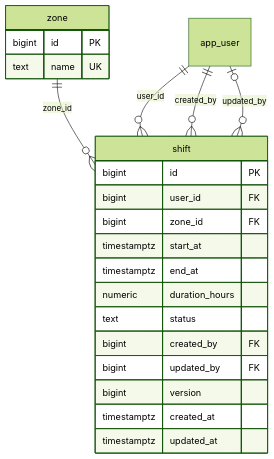
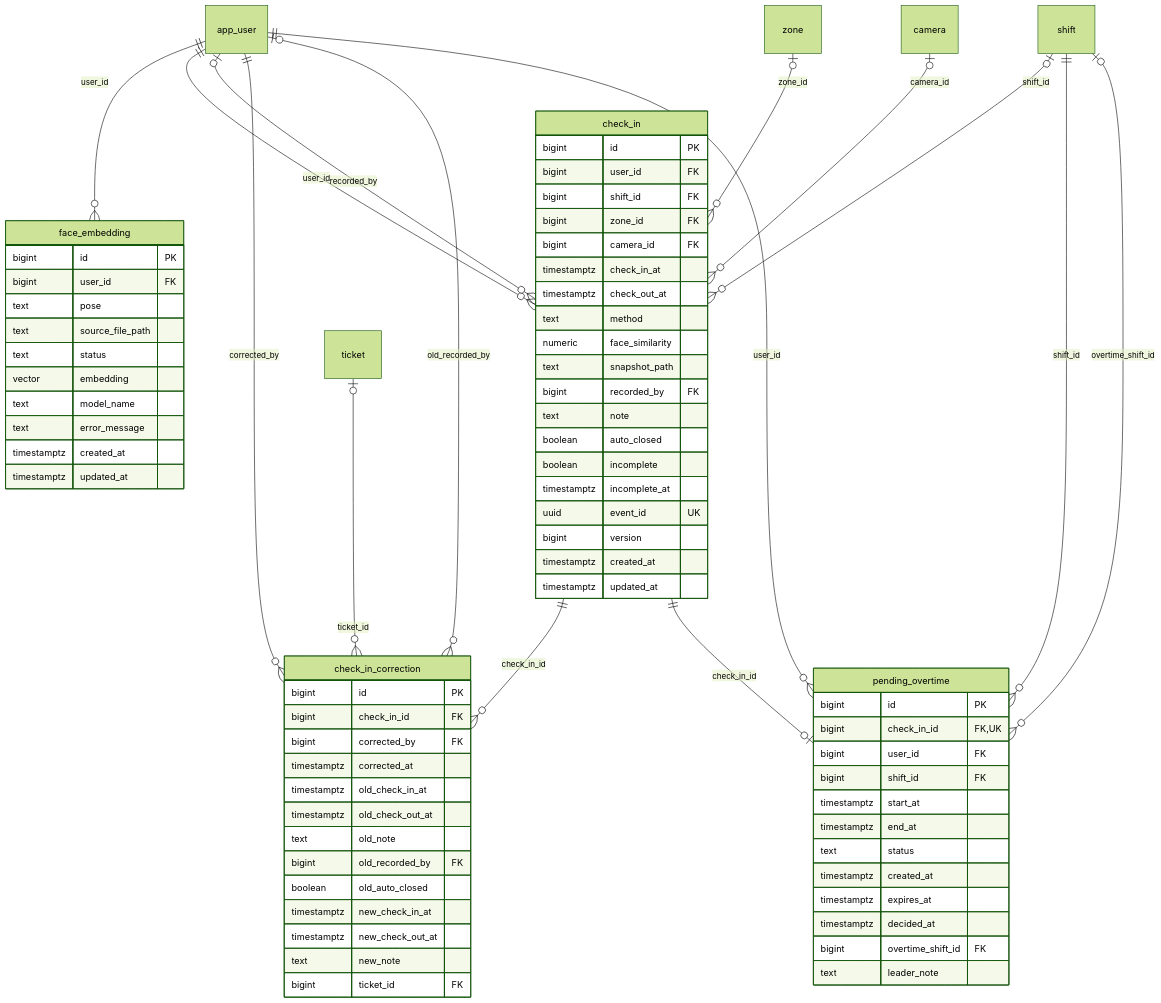
Before and after one commit to OwOchiii/steelsight_erp: the fourth of 8 diagrams in docs/database-design.md, drawn with Mermaid (forest theme). The commit also changed other lines of this file and 96 other files, not shown here.

First line of the commit message:
Align ERP schema and design docs with SRS

````diff
--- a/docs/database-design.md
+++ b/docs/database-design.md
@@ -311,25 +311,79 @@
 ```mermaid
 erDiagram
-    app_user ||--o{ shift : "user_id"
-    zone ||--o{ shift : "zone_id"
-    app_user ||--o{ shift : "created_by"
-    app_user |o--o{ shift : "updated_by"
-    zone {
-        bigint id PK
-        text name UK
-    }
-    shift {
+    app_user ||--o{ face_embedding : "user_id"
+    app_user ||--o{ check_in : "user_id"
+    shift |o--o{ check_in : "shift_id"
+    zone |o--o{ check_in : "zone_id"
+    camera |o--o{ check_in : "camera_id"
+    app_user |o--o{ check_in : "recorded_by"
+    check_in ||--o{ check_in_correction : "check_in_id"
+    app_user ||--o{ check_in_correction : "corrected_by"
+    app_user |o--o{ check_in_correction : "old_recorded_by"
+    ticket |o--o{ check_in_correction : "ticket_id"
+    check_in ||--o| pending_overtime : "check_in_id"
+    app_user ||--o{ pending_overtime : "user_id"
+    shift ||--o{ pending_overtime : "shift_id"
+    shift |o--o{ pending_overtime : "overtime_shift_id"
+    face_embedding {
         bigint id PK
         bigint user_id FK
+        text pose
+        text source_file_path
+        text status
+        vector embedding
+        text model_name
+        text error_message
+        timestamptz created_at
+        timestamptz updated_at
+    }
+    check_in {
+        bigint id PK
+        bigint user_id FK
+        bigint shift_id FK
         bigint zone_id FK
-        timestamptz start_at
-        timestamptz end_at
-        numeric duration_hours
-        text status
-        bigint created_by FK
-        bigint updated_by FK
+        bigint camera_id FK
+        timestamptz check_in_at
+        timestamptz check_out_at
+        text method
+        numeric face_similarity
+        text snapshot_path
+        bigint recorded_by FK
+        text note
+        boolean auto_closed
+        boolean incomplete
+        timestamptz incomplete_at
+        uuid event_id UK
         bigint version
         timestamptz created_at
         timestamptz updated_at
     }
+    check_in_correction {
+        bigint id PK
+        bigint check_in_id FK
+        bigint corrected_by FK
+        timestamptz corrected_at
+        timestamptz old_check_in_at
+        timestamptz old_check_out_at
+        text old_note
+        bigint old_recorded_by FK
+        boolean old_auto_closed
+        timestamptz new_check_in_at
+        timestamptz new_check_out_at
+        text new_note
+        bigint ticket_id FK
+    }
+    pending_overtime {
+        bigint id PK
+        bigint check_in_id FK,UK
+        bigint user_id FK
+        bigint shift_id FK
+        timestamptz start_at
+        timestamptz end_at
+        text status
+        timestamptz created_at
+        timestamptz expires_at
+        timestamptz decided_at
+        bigint overtime_shift_id FK
+        text leader_note
+    }
 ```
````
